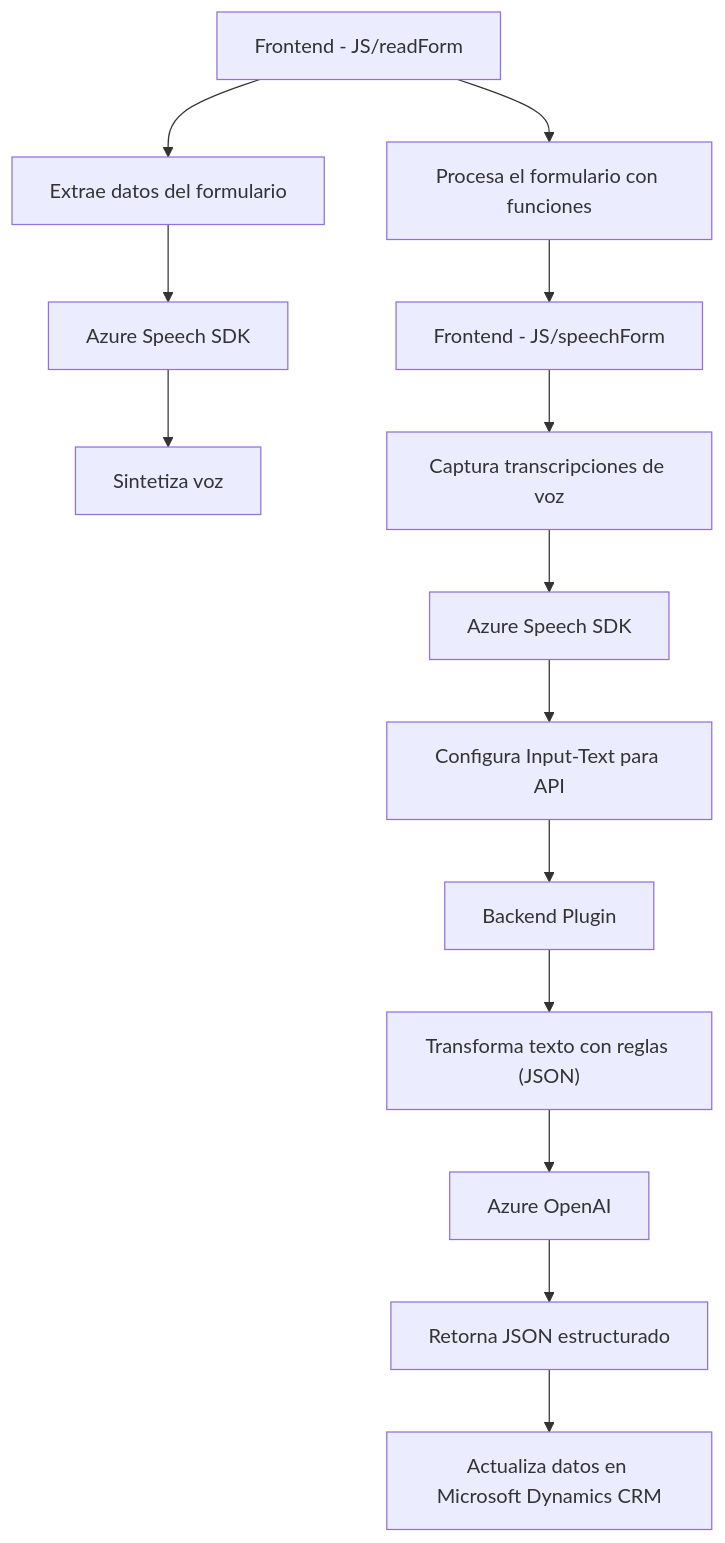
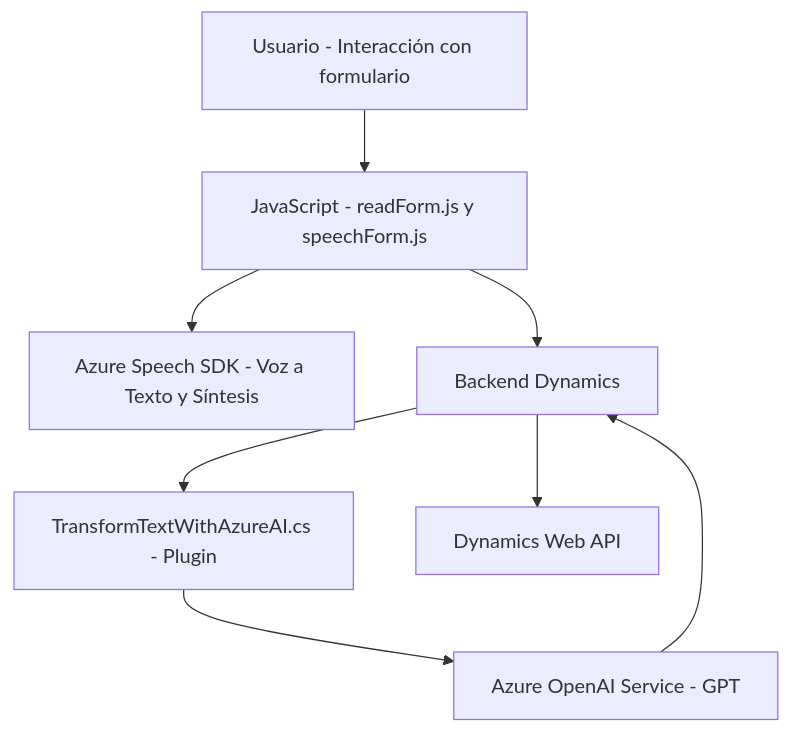
Before and after one commit to blopezdm/NETCORE_BILBAO2025: the diagram in README.md, drawn with Mermaid. The commit also changed other lines of this file, not shown here.

Commit message:
Actualizar análisis global de la solución con IA

````diff
--- a/README.md
+++ b/README.md
@@ -50,18 +47,18 @@
 ```mermaid
 graph TD
-A["Frontend - JS/readForm"] --> B["Extrae datos del formulario"]
-B --> C["Azure Speech SDK"]
-C --> D["Sintetiza voz"]
-A --> E["Procesa el formulario con funciones"]
-E --> F["Muestra resultados en UI"]
+    A["Usuario - Interacción con formulario"]
+    B["JavaScript - readForm.js y speechForm.js"]
+    C["Azure Speech SDK - Voz a Texto y Síntesis"]
+    D["Backend Dynamics"]
+    E["TransformTextWithAzureAI.cs - Plugin"]
+    F["Azure OpenAI Service - GPT"]
+    G["Dynamics Web API"]
 
-F["Frontend - JS/speechForm"] --> G["Captura transcripciones de voz"]
-G --> H["Azure Speech SDK"]
-H --> I["Configura Input-Text para API"]
-I --> J["Ejecuta API custom"]
-
-J["Backend Plugin"] --> K["Transforma texto con reglas (JSON)"]
-K --> L["Azure OpenAI"]
-L --> M["Retorna JSON estructurado"]
-M --> N["Actualiza datos en Microsoft Dynamics CRM"]
+    A --> B
+    B --> C
+    B --> D
+    D --> E
+    E --> F
+    D --> G
+    F --> D
 ```
````
